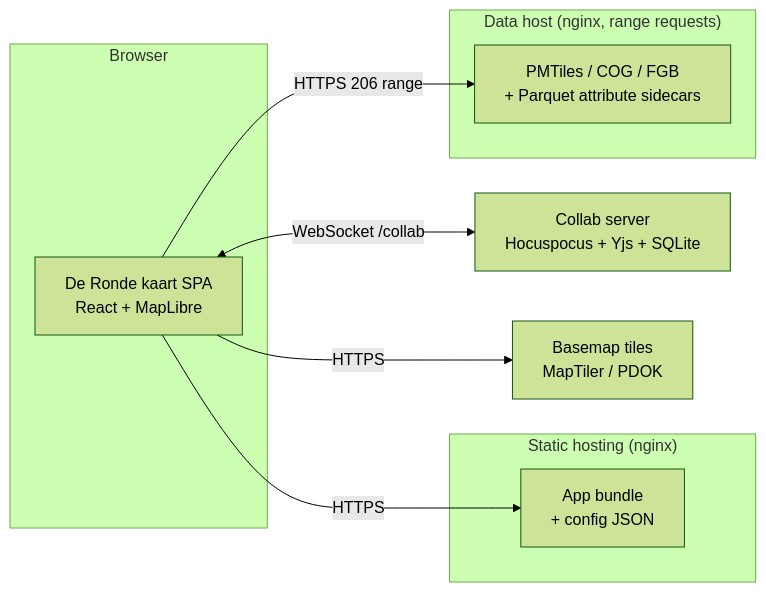
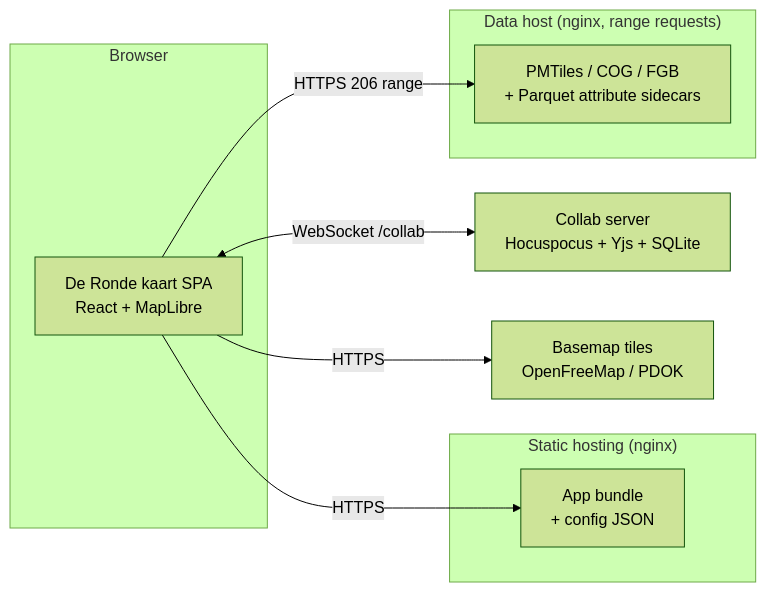
One commit to ObjectVision/DeRondeKaart changed the first of 4 diagrams in docs/system-design.md. Above: the diagram before and after it, drawn with Mermaid (forest theme). The commit also changed other lines of this file, not shown here.

````diff
--- a/docs/system-design.md
+++ b/docs/system-design.md
@@ -57,22 +58,22 @@
 ```mermaid
 flowchart LR
     subgraph browser["Browser"]
         app["De Ronde kaart SPA<br/>React + MapLibre"]
     end
 
     subgraph static["Static hosting (nginx)"]
         html["App bundle<br/>+ config JSON"]
     end
 
     subgraph datahost["Data host (nginx, range requests)"]
         tiles["PMTiles / COG / FGB<br/>+ Parquet attribute sidecars"]
     end
 
     collab["Collab server<br/>Hocuspocus + Yjs + SQLite"]
-    basemap["Basemap tiles<br/>MapTiler / PDOK"]
+    basemap["Basemap tiles<br/>OpenFreeMap / PDOK"]
 
     app -->|"HTTPS"| html
     app -->|"HTTPS 206 range"| tiles
     app <-->|"WebSocket /collab"| collab
     app -->|"HTTPS"| basemap
 ```
````
